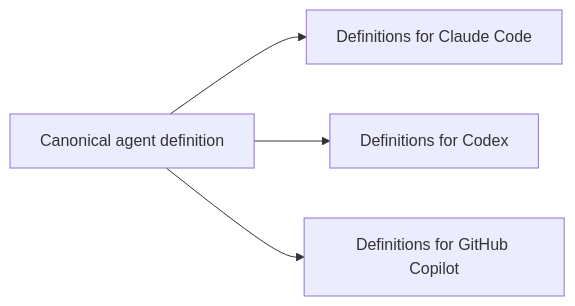
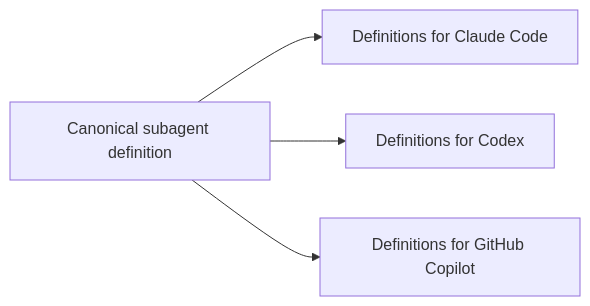
One commit to kitsuyui/agent-def-translator changed the diagram in README.md. Above: the diagram before and after it, drawn with Mermaid. The commit also changed other lines of this file and 13 other files, not shown here.

````diff
--- a/README.md
+++ b/README.md
@@ -13,11 +14,11 @@
 ```mermaid
 flowchart LR
-    source["Canonical agent definition"]
+    source["Canonical subagent definition"]
     claude["Definitions for Claude Code"]
     codex["Definitions for Codex"]
     copilot["Definitions for GitHub Copilot"]
 
     source --> claude
     source --> codex
     source --> copilot
 ```
````
